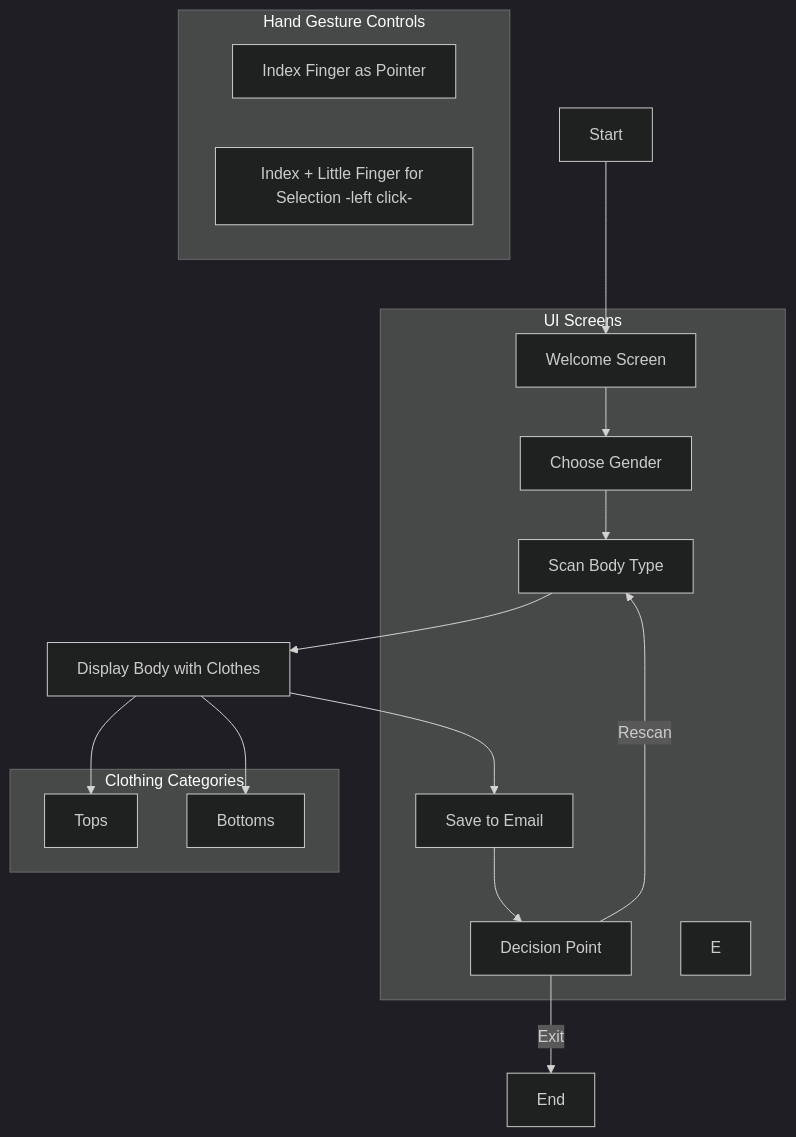
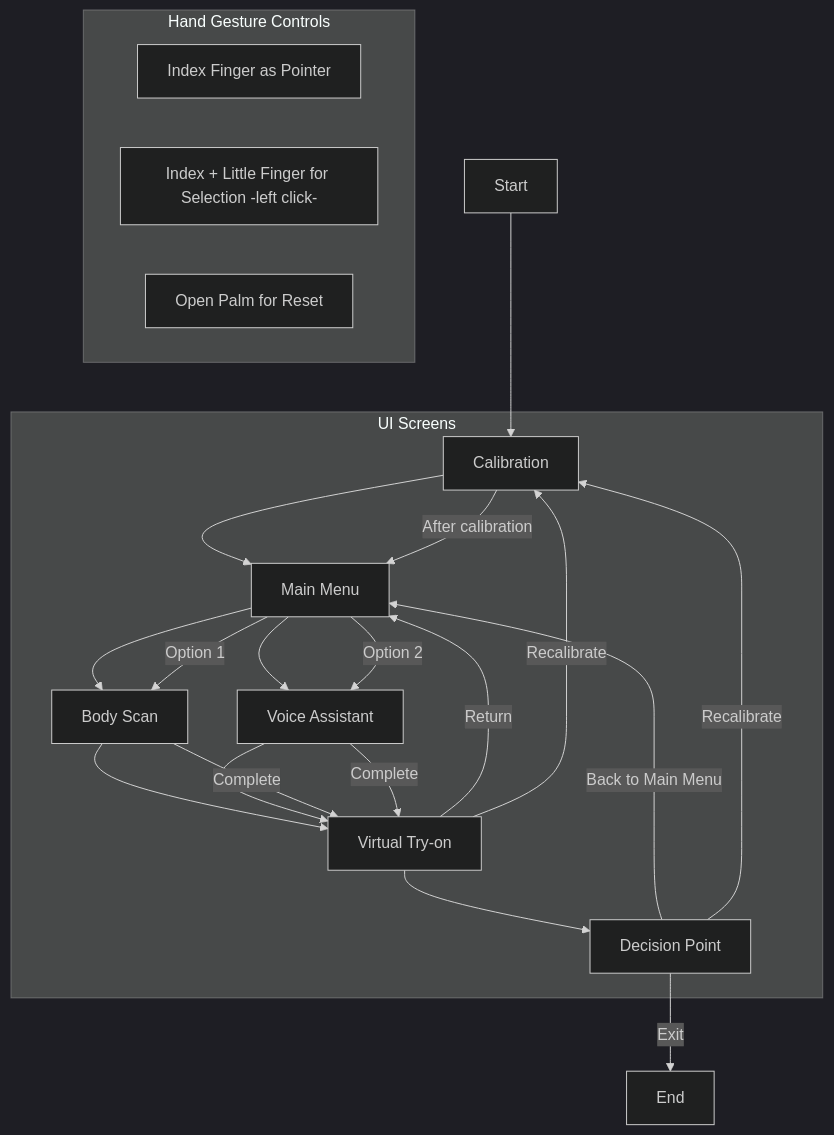
Before and after one commit to Blindheroes/Final-virtual-tryon-game: the diagram in game_flow.mermaid, drawn with Mermaid (dark theme). The commit also changed other lines of this file and 40 other files, not shown here.

Commit message:
main flow

```diff
--- a/game_flow.mermaid
+++ b/game_flow.mermaid
@@ -1,36 +1,38 @@
 graph TD
-    A[Start] --> B[Welcome Screen]
-    B --> C[Choose Gender]
-    C --> D[Scan Body Type]
-    D --> F[Display Body with Clothes]
-    F --> G[Save to Email]
-    G --> H[Decision Point]
-    H -->|Rescan| D
-    H -->|Exit| I[End]
+    A[Start] --> B[Calibration]
+    B --> C[Main Menu]
+    C --> D[Body Scan]
+    C --> E[Voice Assistant]
+    D --> F[Virtual Try-on]
+    E --> F
+    F --> G[Decision Point]
+    G -->|Back to Main Menu| C
+    G -->|Recalibrate| B
+    G -->|Exit| H[End]
     
-    %% Additional interactions
+    %% Explicit connections for the requested flow
+    %% calibraton -> main menu -> body scan or voice asistent -> virtual tryon -> back to main menu or calibration
+    B -->|After calibration| C
+    C -->|Option 1| D
+    C -->|Option 2| E
+    D -->|Complete| F
+    E -->|Complete| F
+    F -->|Return| C
+    F -->|Recalibrate| B
     
     %% Gesture Control
     subgraph "Hand Gesture Controls"
         GC1[Index Finger as Pointer]
         GC2[Index + Little Finger for Selection -left click-]
+        GC3[Open Palm for Reset]
     end
     
     %% UI Components
     subgraph "UI Screens"
         B
         C
         D
         E
+        F
         G
-        H
     end
-    
-    %% Clothing Options
-    subgraph "Clothing Categories"
-        CL1[Tops]
-        CL2[Bottoms]
-    end
-    
-    F --> CL1
-    F --> CL2
```
